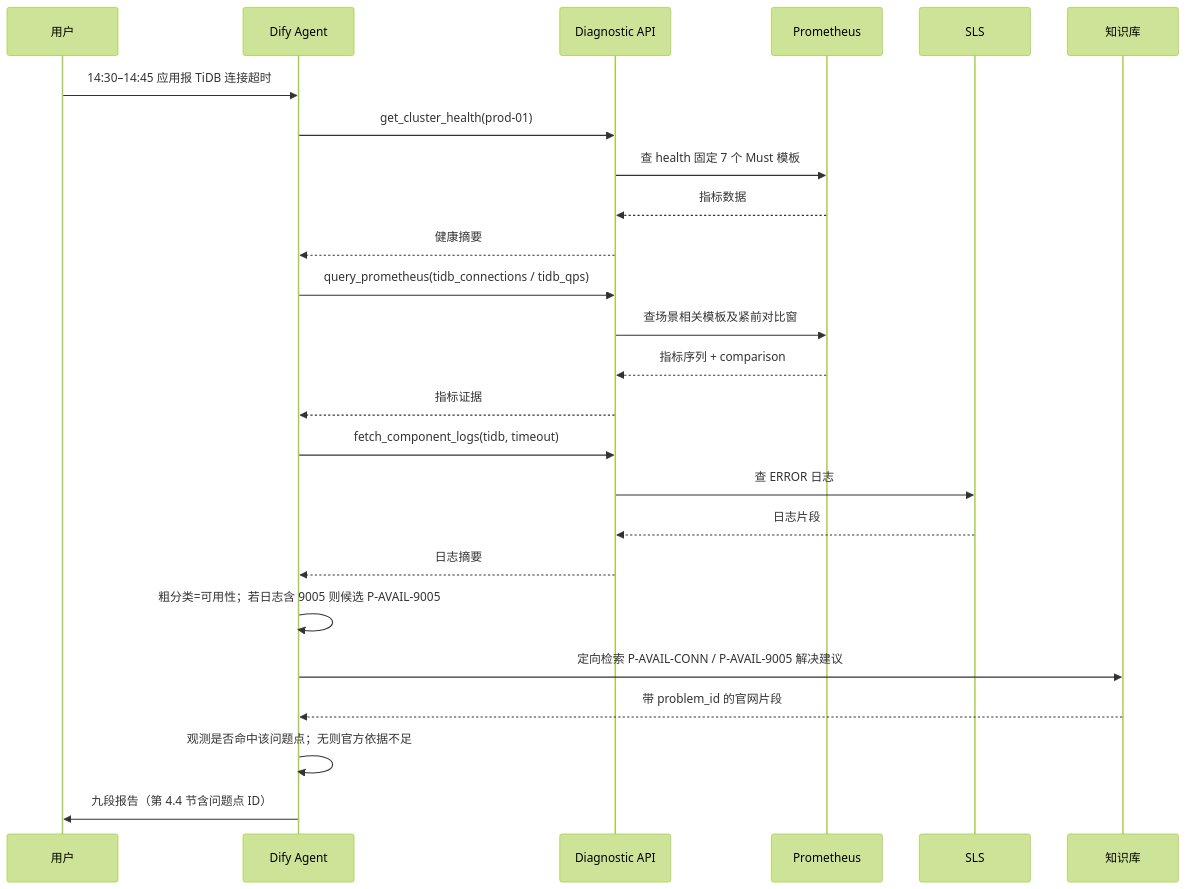
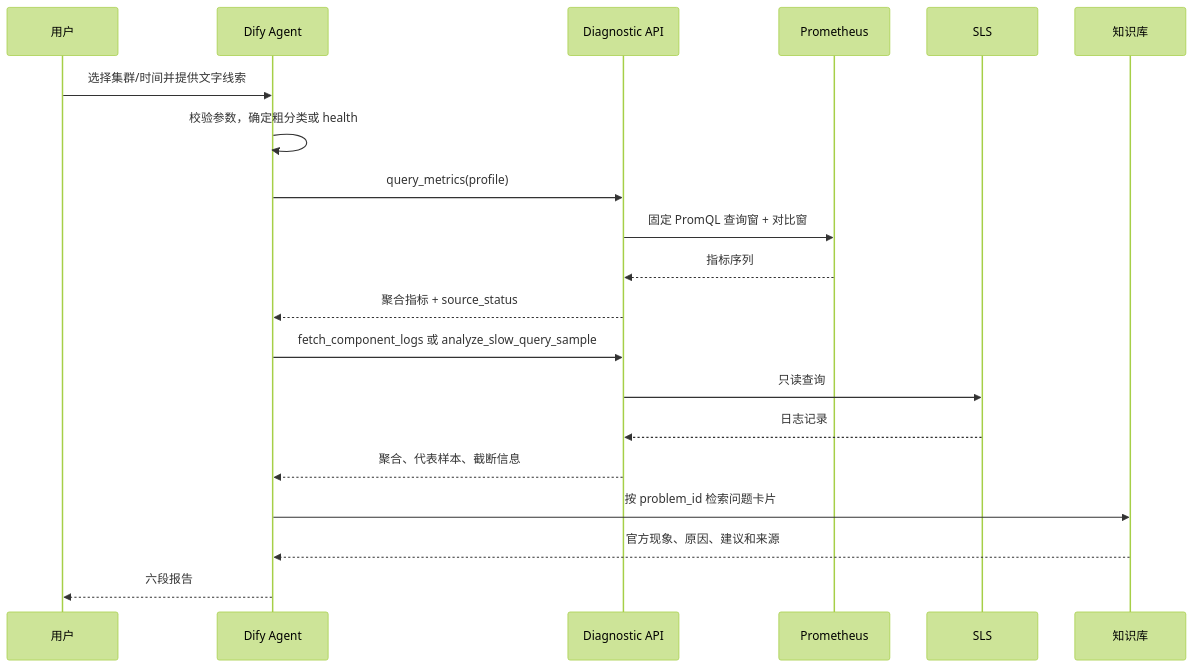
One commit to yangzhengjie/tidb-diag changed the second of 3 diagrams in docs/tidb-diag-agent-technical-design.md. Above: the diagram before and after it, drawn with Mermaid (forest theme). The commit also changed other lines of this file and 1 other file, not shown here.

````diff
--- a/docs/tidb-diag-agent-technical-design.md
+++ b/docs/tidb-diag-agent-technical-design.md
@@ -885,28 +52,23 @@
 ```mermaid
 sequenceDiagram
     participant U as 用户
-    participant A as Dify Agent
-    participant API as Diagnostic API
+    participant D as Dify Agent
+    participant A as Diagnostic API
     participant P as Prometheus
     participant S as SLS
-    participant KB as 知识库
+    participant K as 知识库
 
-    U->>A: 14:30–14:45 应用报 TiDB 连接超时
-    A->>API: get_cluster_health(prod-01)
-    API->>P: 查 health 固定 7 个 Must 模板
-    P-->>API: 指标数据
-    API-->>A: 健康摘要
-    A->>API: query_prometheus(tidb_connections / tidb_qps)
-    API->>P: 查场景相关模板及紧前对比窗
-    P-->>API: 指标序列 + comparison
-    API-->>A: 指标证据
-    A->>API: fetch_component_logs(tidb, timeout)
-    API->>S: 查 ERROR 日志
-    S-->>API: 日志片段
-    API-->>A: 日志摘要
-    A->>A: 粗分类=可用性；若日志含 9005 则候选 P-AVAIL-9005
-    A->>KB: 定向检索 P-AVAIL-CONN / P-AVAIL-9005 解决建议
-    KB-->>A: 带 problem_id 的官网片段
-    A->>A: 观测是否命中该问题点；无则官方依据不足
-    A->>U: 九段报告（第 4.4 节含问题点 ID）
+    U->>D: 选择集群/时间并提供文字线索
+    D->>D: 校验参数，确定粗分类或 health
+    D->>A: query_metrics(profile)
+    A->>P: 固定 PromQL 查询窗 + 对比窗
+    P-->>A: 指标序列
+    A-->>D: 聚合指标 + source_status
+    D->>A: fetch_component_logs 或 analyze_slow_query_sample
+    A->>S: 只读查询
+    S-->>A: 日志记录
+    A-->>D: 聚合、代表样本、截断信息
+    D->>K: 按 problem_id 检索问题卡片
+    K-->>D: 官方现象、原因、建议和来源
+    D-->>U: 六段报告
 ```
````
